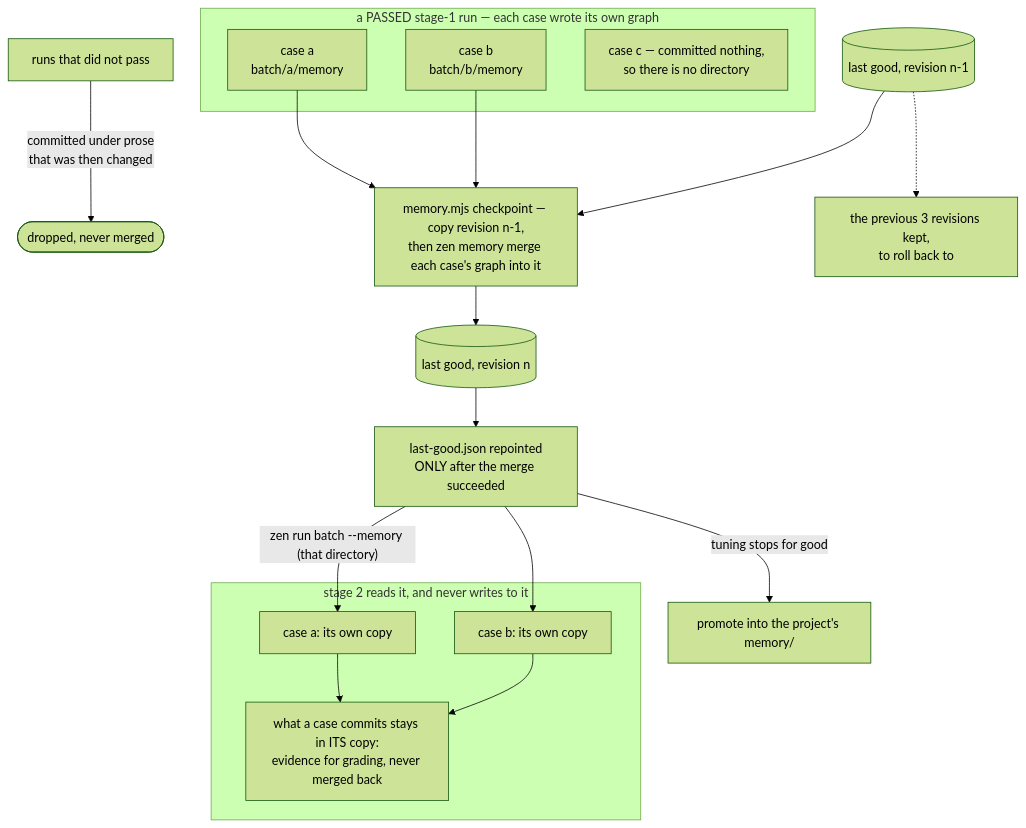
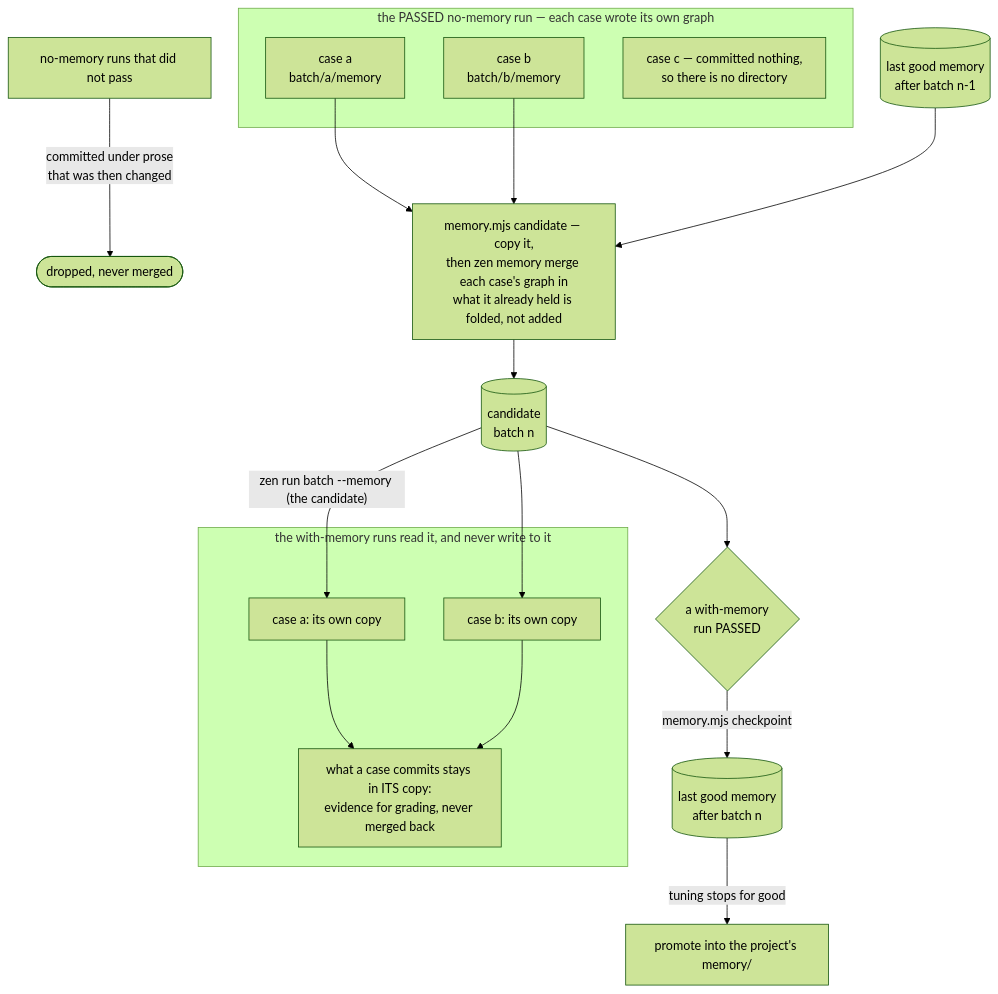
The fourth of 4 diagrams in packages/cli/templates/editor/.github/skills/zen-finetune/SKILL.md (andreyryabov/ZeneraNeo), drawn with Mermaid (forest theme) before and after one commit. The commit also changed other lines of this file and 11 other files, not shown here.

First line of the commit message:
Refactor zen-finetune scripts for improved memory management and reporting

````diff
--- a/packages/cli/templates/editor/.github/skills/zen-finetune/SKILL.md
+++ b/packages/cli/templates/editor/.github/skills/zen-finetune/SKILL.md
@@ -243,33 +328,33 @@
 ```mermaid
 flowchart TD
-    subgraph P1["a PASSED stage-1 run — each case wrote its own graph"]
+    subgraph P1["the PASSED no-memory run — each case wrote its own graph"]
         MA["case a<br/>batch/a/memory"]
         MB["case b<br/>batch/b/memory"]
         MC["case c — committed nothing,<br/>so there is no directory"]
     end
 
-    BAD["runs that did not pass"] -->|"committed under prose<br/>that was then changed"| NIL(["dropped, never merged"])
+    BAD["no-memory runs that did not pass"] -->|"committed under prose<br/>that was then changed"| NIL(["dropped, never merged"])
 
-    LG0[("last good, revision n-1")]
-    MRG["memory.mjs checkpoint — copy revision n-1,<br/>then zen memory merge each case's graph into it"]
-    LG1[("last good, revision n")]
-    PTR["last-good.json repointed<br/>ONLY after the merge succeeded"]
-    OLD["the previous 3 revisions kept,<br/>to roll back to"]
+    LG0[("last good memory<br/>after batch n-1")]
+    MRG["memory.mjs candidate — copy it,<br/>then zen memory merge each case's graph in<br/>what it already held is folded, not added"]
+    CAND[("candidate<br/>batch n")]
 
     MA --> MRG
     MB --> MRG
-    LG0 --> MRG --> LG1 --> PTR
-    LG0 -.-> OLD
+    LG0 --> MRG --> CAND
 
-    subgraph P2["stage 2 reads it, and never writes to it"]
+    subgraph P2["the with-memory runs read it, and never write to it"]
         CA["case a: its own copy"]
         CB["case b: its own copy"]
         WR["what a case commits stays in ITS copy:<br/>evidence for grading, never merged back"]
         CA --> WR
         CB --> WR
     end
 
-    PTR -->|"zen run batch --memory (that directory)"| CA
-    PTR --> CB
-    PTR -->|"tuning stops for good"| PROM["promote into the project's memory/"]
+    CAND -->|"zen run batch --memory (the candidate)"| CA
+    CAND --> CB
+    PASS{"a with-memory<br/>run PASSED"}
+    CAND --> PASS
+    PASS -->|"memory.mjs checkpoint"| LG1[("last good memory<br/>after batch n")]
+    LG1 -->|"tuning stops for good"| PROM["promote into the project's memory/"]
 ```
````
